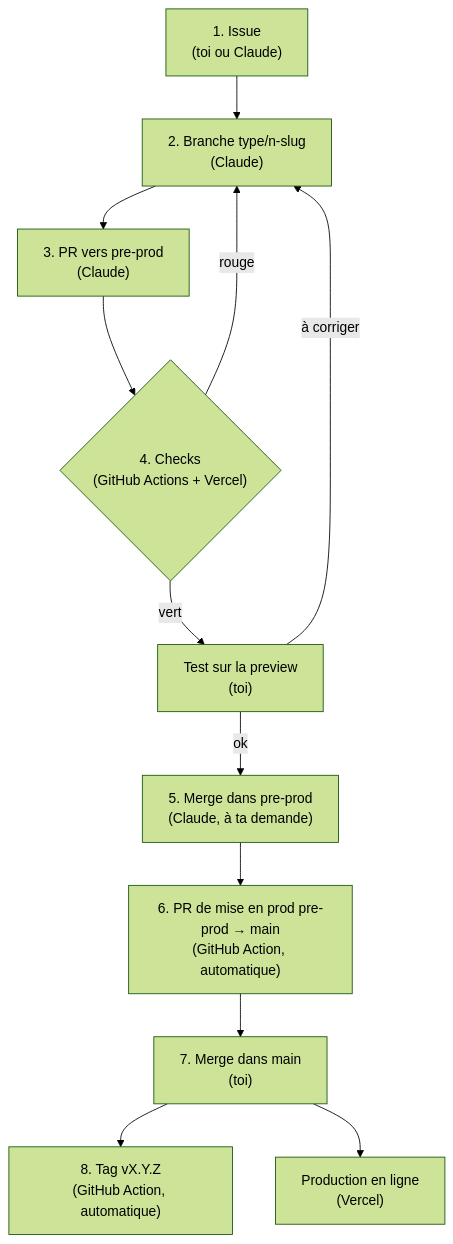
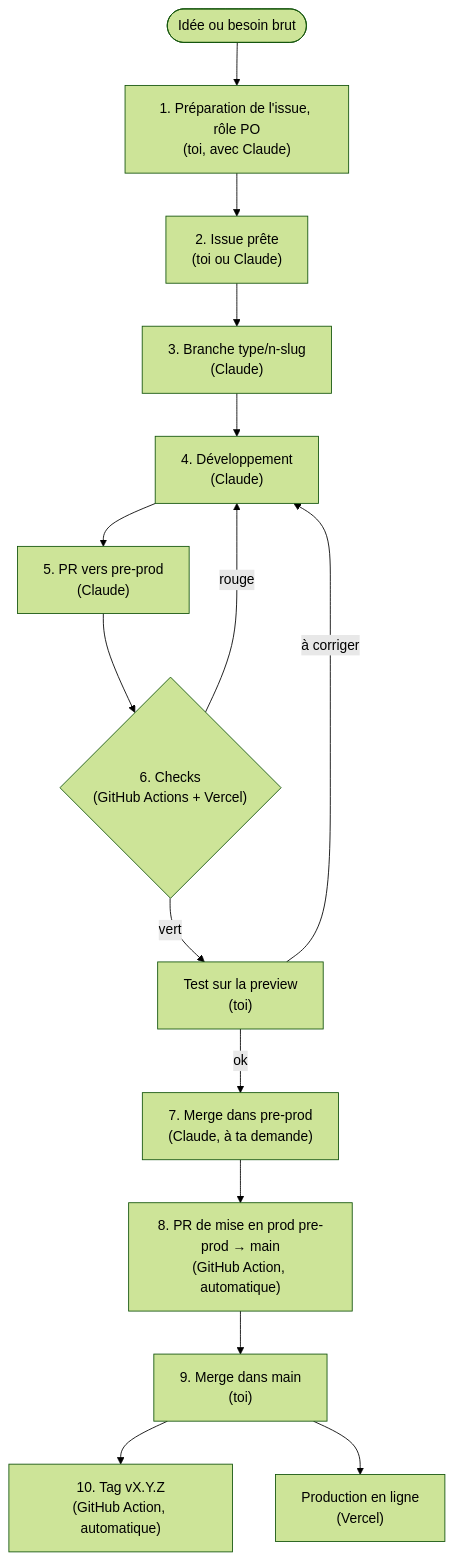
Before and after one commit to MarioHit/mialigo: the diagram in docs/FACTORY.md, drawn with Mermaid (forest theme). The commit also changed other lines of this file and 6 other files, not shown here.

````diff
--- a/docs/FACTORY.md
+++ b/docs/FACTORY.md
@@ -21,14 +35,17 @@
 ```mermaid
 flowchart TD
-  A["1. Issue<br/>(toi ou Claude)"] --> B["2. Branche type/n-slug<br/>(Claude)"]
-  B --> C["3. PR vers pre-prod<br/>(Claude)"]
-  C --> D{"4. Checks<br/>(GitHub Actions + Vercel)"}
-  D -- rouge --> B
+  I(["Idée ou besoin brut"]) --> Z["1. Préparation de l'issue, rôle PO<br/>(toi, avec Claude)"]
+  Z --> A["2. Issue prête<br/>(toi ou Claude)"]
+  A --> B["3. Branche type/n-slug<br/>(Claude)"]
+  B --> W["4. Développement<br/>(Claude)"]
+  W --> C["5. PR vers pre-prod<br/>(Claude)"]
+  C --> D{"6. Checks<br/>(GitHub Actions + Vercel)"}
+  D -- rouge --> W
   D -- vert --> T["Test sur la preview<br/>(toi)"]
-  T -- à corriger --> B
-  T -- ok --> E["5. Merge dans pre-prod<br/>(Claude, à ta demande)"]
-  E --> F["6. PR de mise en prod pre-prod → main<br/>(GitHub Action, automatique)"]
-  F --> G["7. Merge dans main<br/>(toi)"]
-  G --> H["8. Tag vX.Y.Z<br/>(GitHub Action, automatique)"]
+  T -- à corriger --> W
+  T -- ok --> E["7. Merge dans pre-prod<br/>(Claude, à ta demande)"]
+  E --> F["8. PR de mise en prod pre-prod → main<br/>(GitHub Action, automatique)"]
+  F --> G["9. Merge dans main<br/>(toi)"]
+  G --> H["10. Tag vX.Y.Z<br/>(GitHub Action, automatique)"]
   G --> P["Production en ligne<br/>(Vercel)"]
 ```
````
